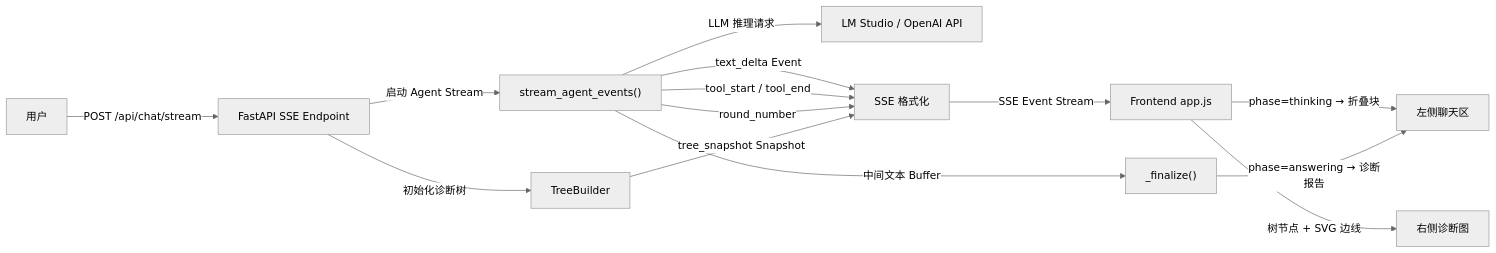
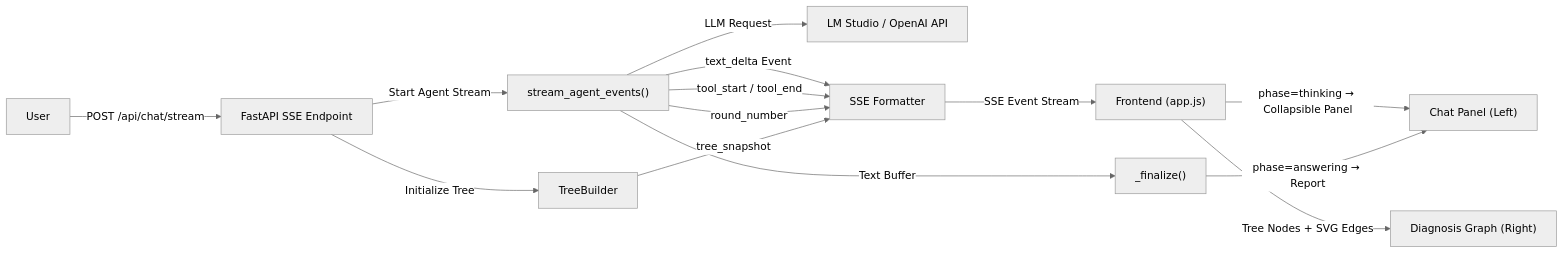
One commit to kangxiaoning/diagnostics changed the first of 5 diagrams in README.md. Above: the diagram before and after it, drawn with Mermaid (neutral theme). The commit also changed other lines of this file, not shown here.

Commit message:
docs: Mermaid和ASCII图内部文字改为英文，描述保留中文与图中英文概念对应

````diff
--- a/README.md
+++ b/README.md
@@ -38,16 +38,16 @@
 ```mermaid
 flowchart LR
-    User["用户"] -->|"POST /api/chat/stream"| FastAPI["FastAPI SSE Endpoint"]
-    FastAPI -->|"初始化诊断树"| Tree["TreeBuilder"]
-    FastAPI -->|"启动 Agent Stream"| Stream["stream_agent_events()"]
-    Stream -->|"LLM 推理请求"| LM["LM Studio / OpenAI API"]
-    Stream -->|"text_delta Event"| SSE["SSE 格式化"]
+    User["User"] -->|"POST /api/chat/stream"| FastAPI["FastAPI SSE Endpoint"]
+    FastAPI -->|"Initialize Tree"| Tree["TreeBuilder"]
+    FastAPI -->|"Start Agent Stream"| Stream["stream_agent_events()"]
+    Stream -->|"LLM Request"| LM["LM Studio / OpenAI API"]
+    Stream -->|"text_delta Event"| SSE["SSE Formatter"]
     Stream -->|"tool_start / tool_end"| SSE
     Stream -->|"round_number"| SSE
-    Tree -->|"tree_snapshot Snapshot"| SSE
-    SSE -->|"SSE Event Stream"| Frontend["Frontend app.js"]
-    Frontend -->|"phase=thinking → 折叠块"| Chat["左侧聊天区"]
-    Frontend -->|"树节点 + SVG 边线"| Graph["右侧诊断图"]
-    Stream -->|"中间文本 Buffer"| Finalize["_finalize()"]
-    Finalize -->|"phase=answering → 诊断报告"| Chat
+    Tree -->|"tree_snapshot"| SSE
+    SSE -->|"SSE Event Stream"| Frontend["Frontend (app.js)"]
+    Frontend -->|"phase=thinking → Collapsible Panel"| Chat["Chat Panel (Left)"]
+    Frontend -->|"Tree Nodes + SVG Edges"| Graph["Diagnosis Graph (Right)"]
+    Stream -->|"Text Buffer"| Finalize["_finalize()"]
+    Finalize -->|"phase=answering → Report"| Chat
 ```
````
